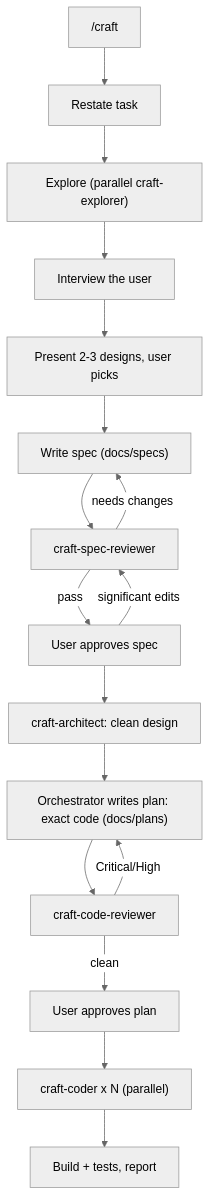
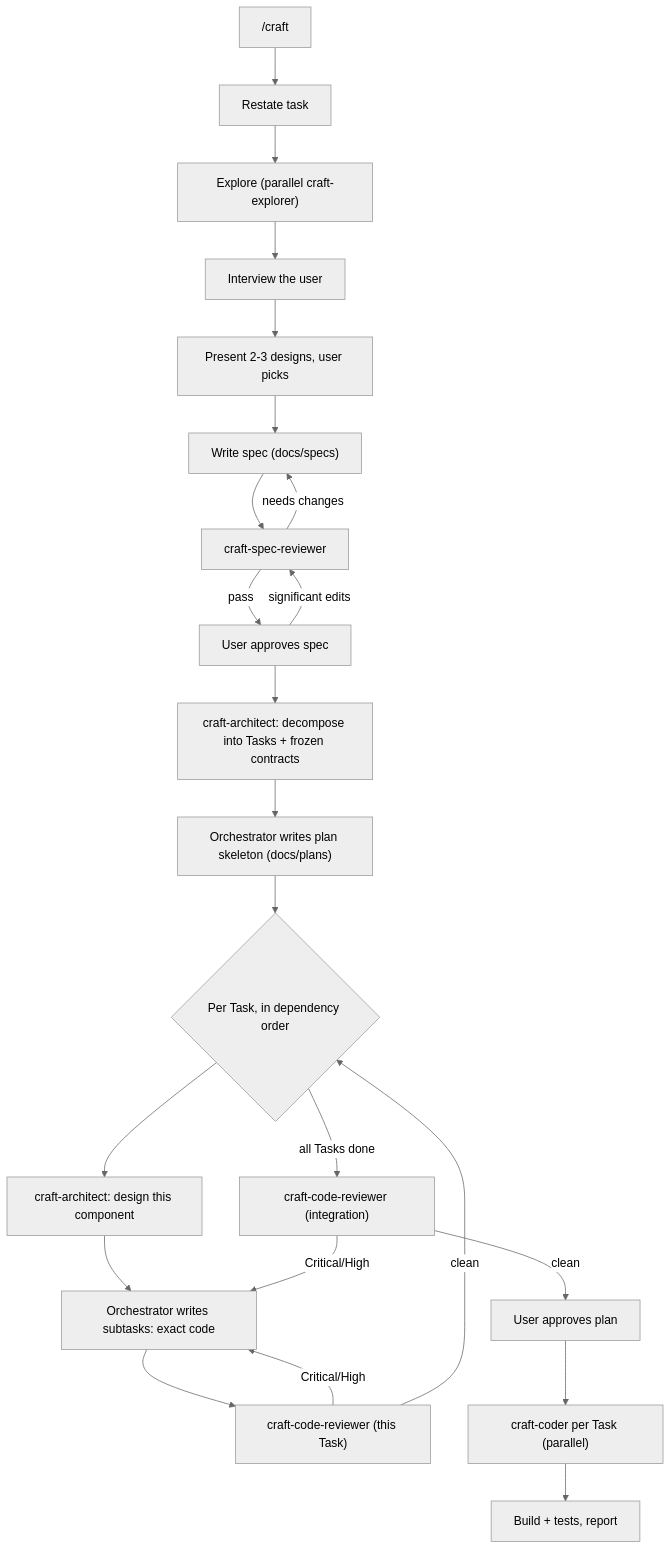
The diagram in README.md (AidenHadisi/craft), drawn with Mermaid (neutral theme) before and after one commit. The commit also changed other lines of this file and 3 other files, not shown here.

First line of the commit message:
feat: incremental top-down architecture for craft

````diff
--- a/README.md
+++ b/README.md
@@ -25,19 +25,25 @@
 ```mermaid
 flowchart TD
     start["/craft"] --> understand["Restate task"]
     understand --> explore["Explore (parallel craft-explorer)"]
     explore --> interview["Interview the user"]
     interview --> designs["Present 2-3 designs, user picks"]
     designs --> spec["Write spec (docs/specs)"]
     spec --> specrev["craft-spec-reviewer"]
     specrev -->|needs changes| spec
     specrev -->|pass| userspec["User approves spec"]
     userspec -->|significant edits| specrev
-    userspec --> arch["craft-architect: clean design"]
-    arch --> implwrite["Orchestrator writes plan: exact code (docs/plans)"]
-    implwrite --> coderev["craft-code-reviewer"]
-    coderev -->|Critical/High| implwrite
-    coderev -->|clean| userplan["User approves plan"]
-    userplan --> build["craft-coder x N (parallel)"]
+    userspec --> decompose["craft-architect: decompose into Tasks + frozen contracts"]
+    decompose --> skeleton["Orchestrator writes plan skeleton (docs/plans)"]
+    skeleton --> taskloop{"Per Task, in dependency order"}
+    taskloop --> design["craft-architect: design this component"]
+    design --> write["Orchestrator writes subtasks: exact code"]
+    write --> taskrev["craft-code-reviewer (this Task)"]
+    taskrev -->|Critical/High| write
+    taskrev -->|clean| taskloop
+    taskloop -->|all Tasks done| integrev["craft-code-reviewer (integration)"]
+    integrev -->|Critical/High| write
+    integrev -->|clean| userplan["User approves plan"]
+    userplan --> build["craft-coder per Task (parallel)"]
     build --> verify["Build + tests, report"]
 ```
````
